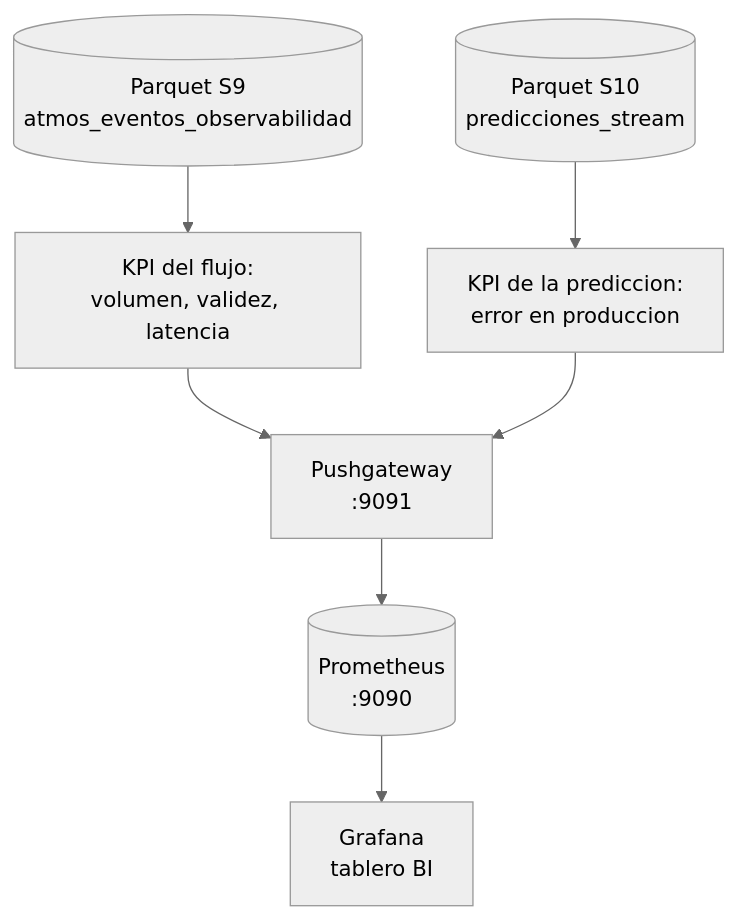
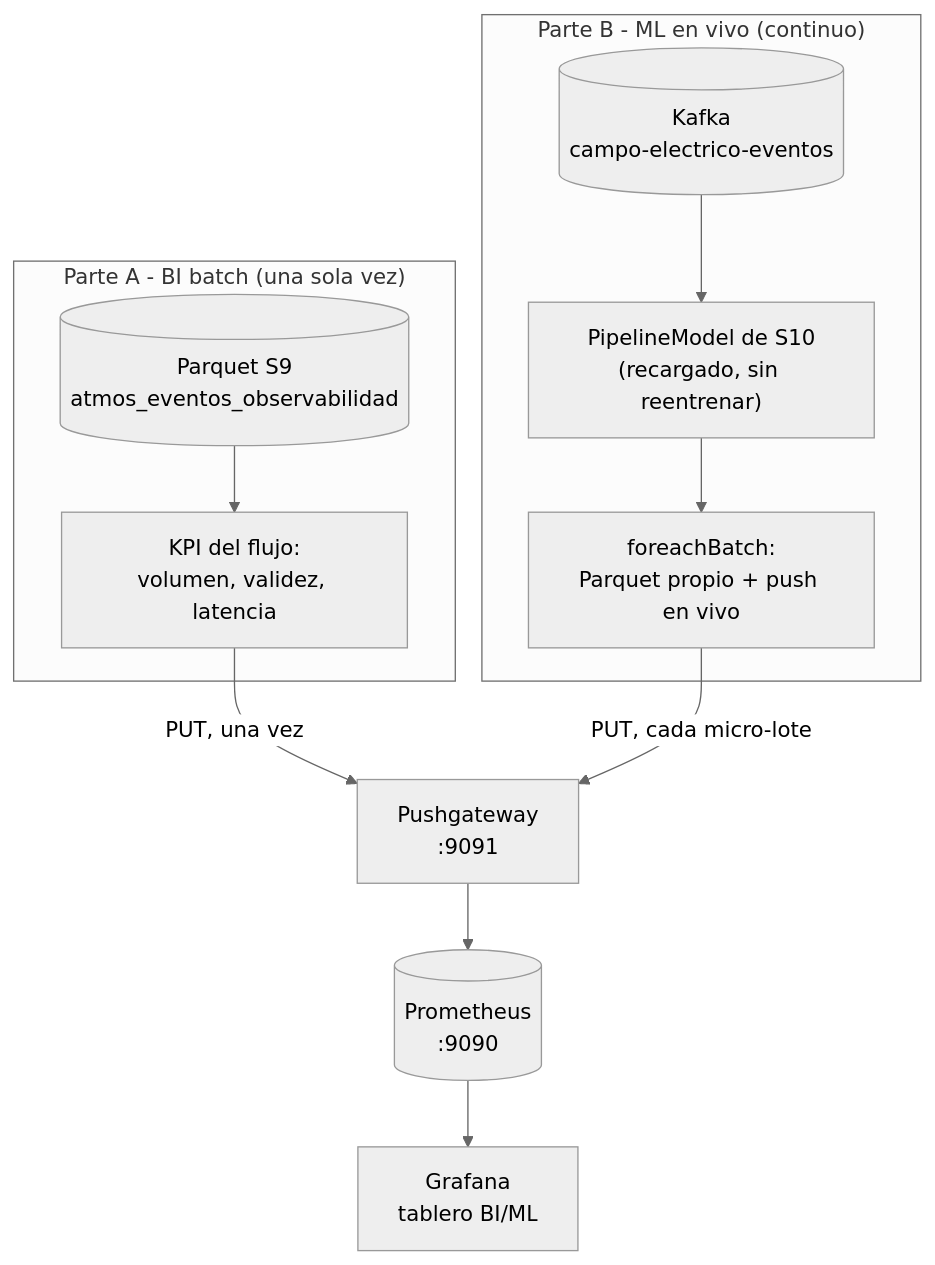
The second of 2 diagrams in docs/sesiones/S11_BI_ML_Distribuido_Spark_Grafana.md (262bigdata/lambda26), drawn with Mermaid (neutral theme) before and after one commit. The commit also changed other lines of this file and 3 other files, not shown here.

````diff
--- a/docs/sesiones/S11_BI_ML_Distribuido_Spark_Grafana.md
+++ b/docs/sesiones/S11_BI_ML_Distribuido_Spark_Grafana.md
@@ -94,14 +95,23 @@
 ```mermaid
 flowchart TB
-    P9[("Parquet S9<br/>atmos_eventos_observabilidad")]
-    P10[("Parquet S10<br/>predicciones_stream")]
-    KpiEv["KPI del flujo:<br/>volumen, validez, latencia"]
-    KpiPred["KPI de la prediccion:<br/>error en produccion"]
+    subgraph Batch["Parte A - BI batch (una sola vez)"]
+        P9[("Parquet S9<br/>atmos_eventos_observabilidad")]
+        KpiEv["KPI del flujo:<br/>volumen, validez, latencia"]
+        P9 --> KpiEv
+    end
+
+    subgraph Streaming["Parte B - ML en vivo (continuo)"]
+        Kafka[("Kafka<br/>campo-electrico-eventos")]
+        Modelo["PipelineModel de S10<br/>(recargado, sin reentrenar)"]
+        FB["foreachBatch:<br/>Parquet propio + push en vivo"]
+        Kafka --> Modelo --> FB
+    end
+
     PG["Pushgateway<br/>:9091"]
     Prom[("Prometheus<br/>:9090")]
-    Graf["Grafana<br/>tablero BI"]
+    Graf["Grafana<br/>tablero BI/ML"]
 
-    P9 --> KpiEv --> PG
-    P10 --> KpiPred --> PG
+    KpiEv -->|PUT, una vez| PG
+    FB -->|PUT, cada micro-lote| PG
     PG --> Prom --> Graf
 ```
````
